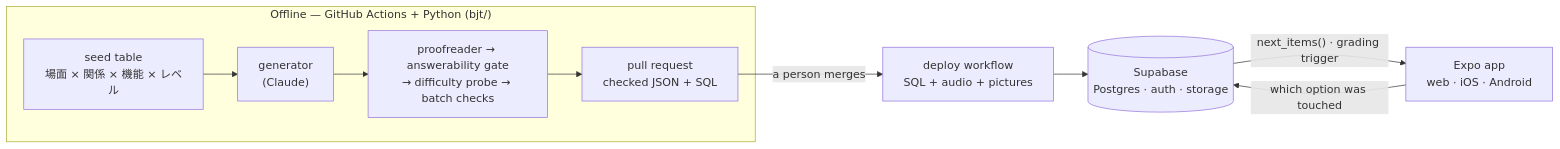
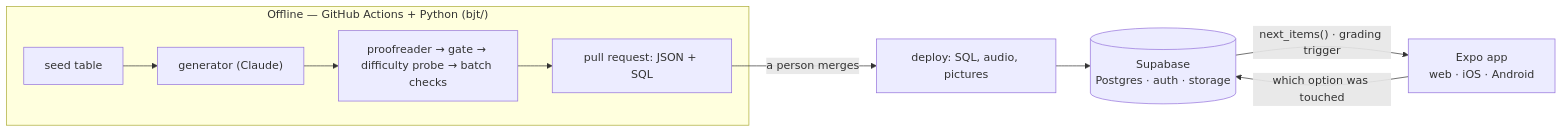
Before and after one commit to ZacharyTStone/business-japanese-test-practice: the first of 2 diagrams in README.md, drawn with Mermaid. The commit also changed other lines of this file, not shown here.

````diff
--- a/README.md
+++ b/README.md
@@ -115,12 +70,12 @@
 ```mermaid
 flowchart LR
     subgraph offline["Offline — GitHub Actions + Python (bjt/)"]
-        ST["seed table<br/>場面 × 関係 × 機能 × レベル"] --> GEN["generator<br/>(Claude)"]
-        GEN --> CHK["proofreader → answerability gate<br/>→ difficulty probe → batch checks"]
-        CHK --> PR["pull request<br/>checked JSON + SQL"]
+        ST["seed table"] --> GEN["generator (Claude)"]
+        GEN --> CHK["proofreader → gate → difficulty probe → batch checks"]
+        CHK --> PR["pull request: JSON + SQL"]
     end
-    PR -->|"a person merges"| DEP["deploy workflow<br/>SQL + audio + pictures"]
+    PR -->|"a person merges"| DEP["deploy: SQL, audio, pictures"]
     DEP --> DB[("Supabase<br/>Postgres · auth · storage")]
     DB -->|"next_items() · grading trigger"| APP["Expo app<br/>web · iOS · Android"]
     APP -->|"which option was touched"| DB
 ```
````
